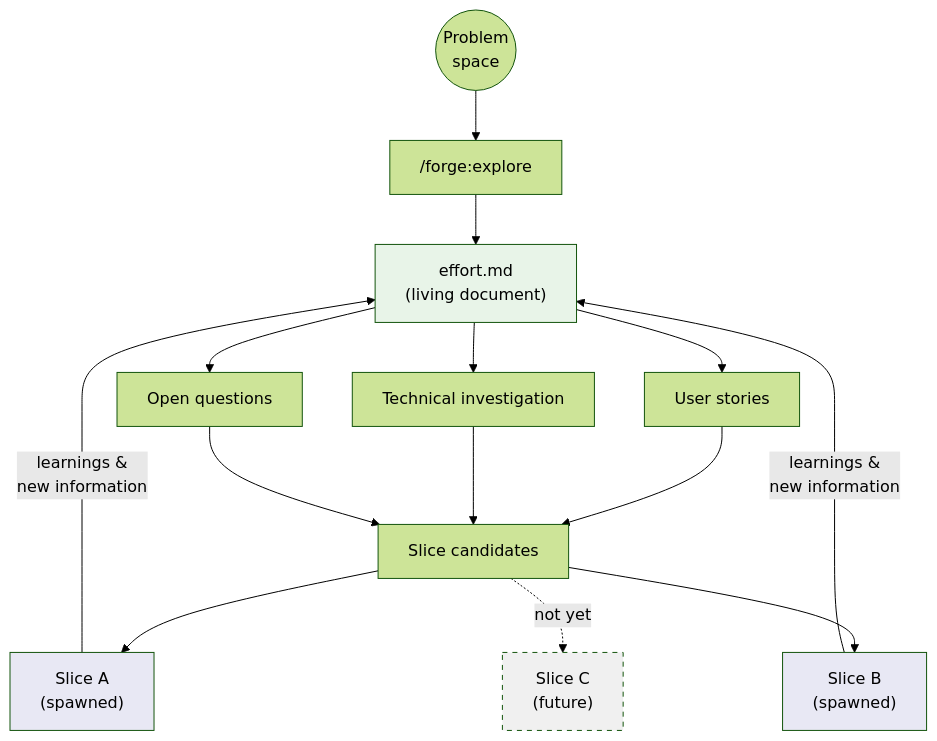
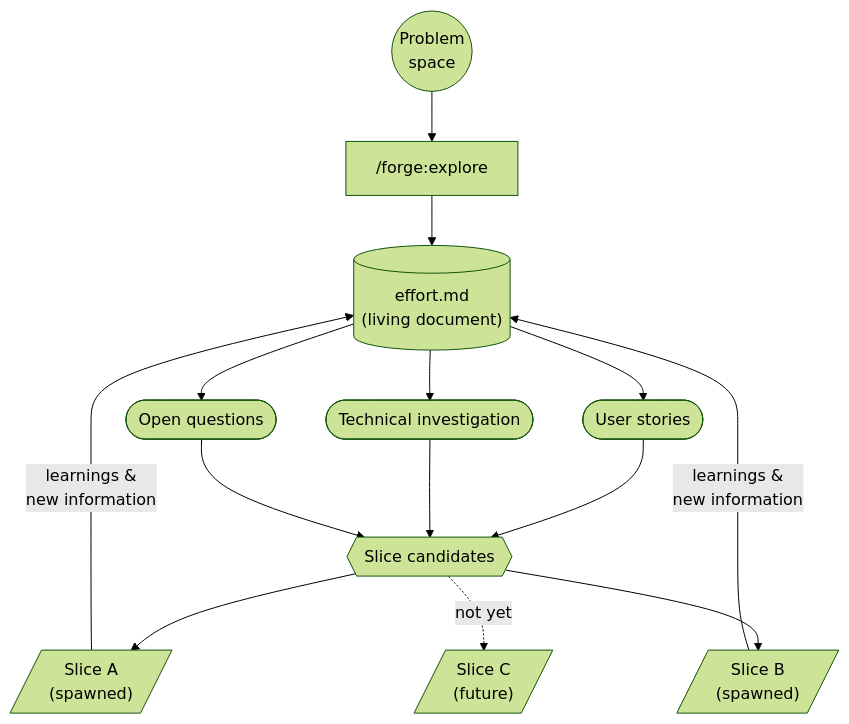
One commit to flox/forge-plugin changed the first of 2 diagrams in docs/workflow-overview.md. Above: the diagram before and after it, drawn with Mermaid (forest theme). The commit also changed other lines of this file and 3 other files, not shown here.

First line of the commit message:
fix(docs): replace background fills with distinct shapes in mermaid diagrams

````diff
--- a/docs/workflow-overview.md
+++ b/docs/workflow-overview.md
@@ -54,25 +54,20 @@
 ```mermaid
 flowchart TB
     PS(("Problem<br/>space")) --> EX["/forge:explore"]
-    EX --> E["effort.md<br/>(living document)"]
+    EX --> E[("effort.md<br/>(living document)")]
 
-    E --> D1["User stories"]
-    E --> D2["Technical investigation"]
-    E --> D3["Open questions"]
+    E --> D1(["User stories"])
+    E --> D2(["Technical investigation"])
+    E --> D3(["Open questions"])
 
-    D1 --> SC["Slice candidates"]
+    D1 --> SC{{"Slice candidates"}}
     D2 --> SC
     D3 --> SC
 
-    SC --> S1["Slice A<br/>(spawned)"]
-    SC --> S2["Slice B<br/>(spawned)"]
-    SC -.->|"not yet"| S3["Slice C<br/>(future)"]
+    SC --> S1[/"Slice A<br/>(spawned)"/]
+    SC --> S2[/"Slice B<br/>(spawned)"/]
+    SC -.->|"not yet"| S3[/"Slice C<br/>(future)"/]
 
     S1 -->|"learnings &<br/>new information"| E
     S2 -->|"learnings &<br/>new information"| E
-
-    style E fill:#e8f4e8
-    style S1 fill:#e8e8f4
-    style S2 fill:#e8e8f4
-    style S3 fill:#f0f0f0,stroke-dasharray: 5 5
 ```
````
